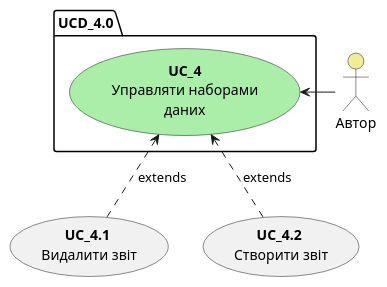
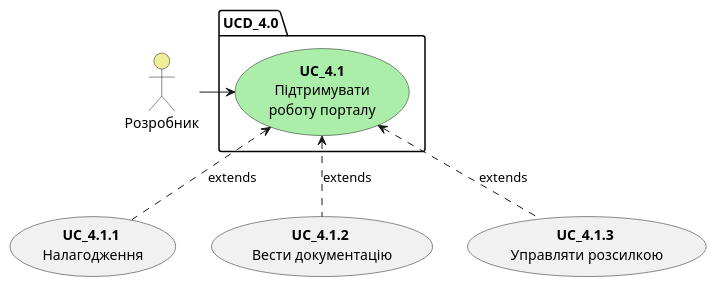
One commit to boldak/database_basics_template changed the diagram in src/uml/UCD_4.0.puml. Above: the diagram before and after it, drawn with PlantUML.

```diff
--- a/src/uml/UCD_4.0.puml
+++ b/src/uml/UCD_4.0.puml
@@ -1,16 +1,19 @@
 @startuml
 package UCD_4.0 {
-        usecase "<b>UC_4</b>\nУправляти наборами\nданих" as UC_4 #aaeeaa
+        usecase "<b>UC_4.1</b>\nПідтримувати\nроботу порталу" as UC_4_1 #aaeeaa
     }
 
-    actor "Автор" as Author #eeee99
+    actor "Розробник" as Developer #eeee99
     
-    usecase "<b>UC_4.1</b> \nВидалити звіт" as UC_4.1
-    usecase "<b>UC_4.2</b> \nСтворити звіт" as UC_4.2
+    usecase "<b>UC_4.1.1</b> \nНалагодження" as UC_4_1_1
+    usecase "<b>UC_4.1.2</b> \nВести документацію" as UC_4_1_2
+    usecase "<b>UC_4.1.3</b> \nУправляти розсилкою" as UC_4_1_3
 
 
-    Author -l-> UC_4
+
+    Developer -r-> UC_4_1
     
-    UC_4.1 .u.> UC_4: extends
-    UC_4.2 .u.> UC_4: extends
+    UC_4_1_1 .u.> UC_4_1: extends
+    UC_4_1_2 .u.> UC_4_1: extends
+    UC_4_1_3 .u.> UC_4_1: extends
 @enduml
```
